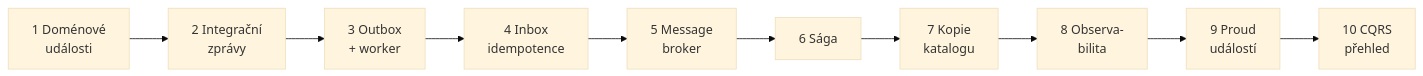
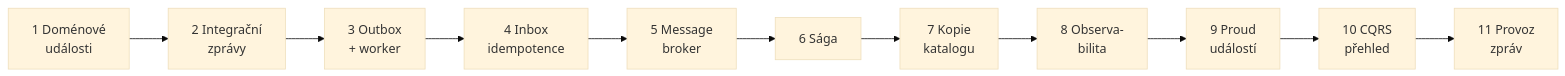
Before and after one commit to ftichy/MiniShop: the second of 2 diagrams in docs/prirucka/eda/index.md, drawn with Mermaid (base theme). The commit also changed other lines of this file and 47 other files, not shown here.

First line of the commit message:
EDA STEP13: úklid a odolnost zpráv

````diff
--- a/docs/prirucka/eda/index.md
+++ b/docs/prirucka/eda/index.md
@@ -51,16 +51,17 @@
 ```mermaid
 flowchart LR
     k1["1 Doménové<br/>události"] --> k2["2 Integrační<br/>zprávy"] --> k3["3 Outbox<br/>+ worker"] --> k4["4 Inbox<br/>idempotence"]
-    k4 --> k5["5 Message<br/>broker"] --> k6["6 Sága"] --> k7["7 Kopie<br/>katalogu"] --> k8["8 Observa-<br/>bilita"] --> k9["9 Proud<br/>událostí"] --> k10["10 CQRS<br/>přehled"]
+    k4 --> k5["5 Message<br/>broker"] --> k6["6 Sága"] --> k7["7 Kopie<br/>katalogu"] --> k8["8 Observa-<br/>bilita"] --> k9["9 Proud<br/>událostí"] --> k10["10 CQRS<br/>přehled"] --> k11["11 Provoz<br/>zpráv"]
 
     click k1 "/Docs/eda/domenove-udalosti"
     click k2 "/Docs/eda/integracni-zpravy"
     click k3 "/Docs/eda/outbox"
     click k4 "/Docs/eda/inbox"
     click k5 "/Docs/eda/broker"
     click k6 "/Docs/eda/saga"
     click k7 "/Docs/eda/kopie-katalogu"
     click k8 "/Docs/eda/observabilita"
     click k9 "/Docs/eda/proud-udalosti"
     click k10 "/Docs/eda/cqrs"
+    click k11 "/Docs/eda/provoz-zprav"
 ```
````
